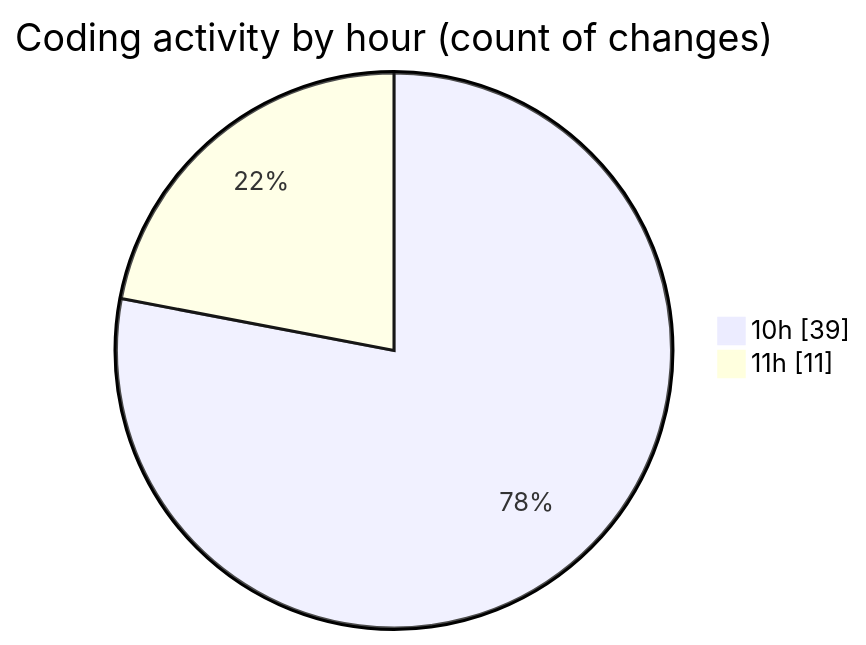
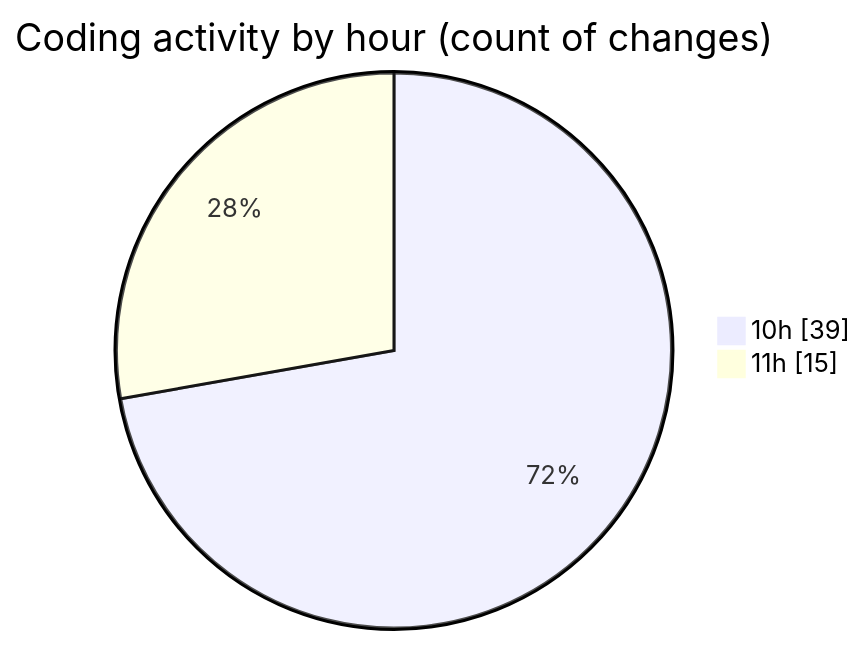
The second of 2 diagrams in 2025-04-15/portfolio/README.md (CELIANVF/code-tracking), drawn with Mermaid before and after one commit. The commit also changed other lines of this file and 1 other file, not shown here.

````diff
--- a/2025-04-15/portfolio/README.md
+++ b/2025-04-15/portfolio/README.md
@@ -30,6 +30,6 @@
 ```mermaid
 pie showData
 title Coding activity by hour (count of changes)
 "10h" : 39
-"11h" : 11
+"11h" : 15
 ```
````
